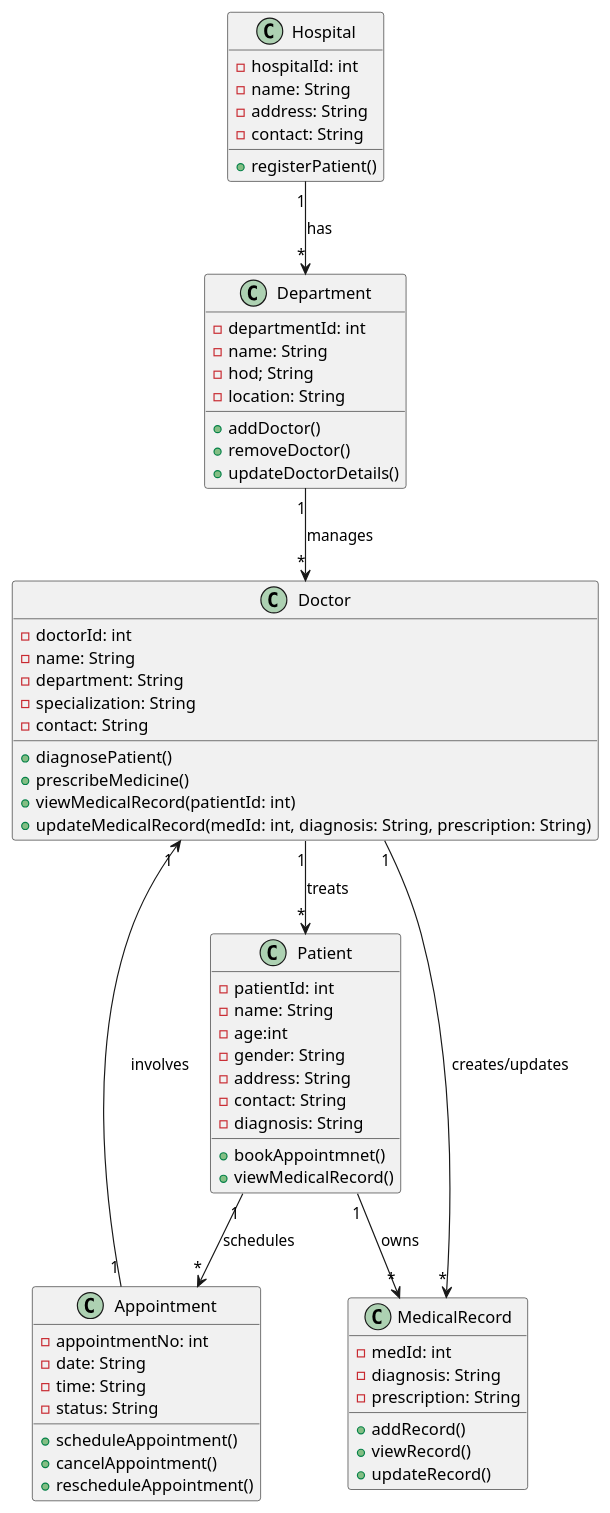
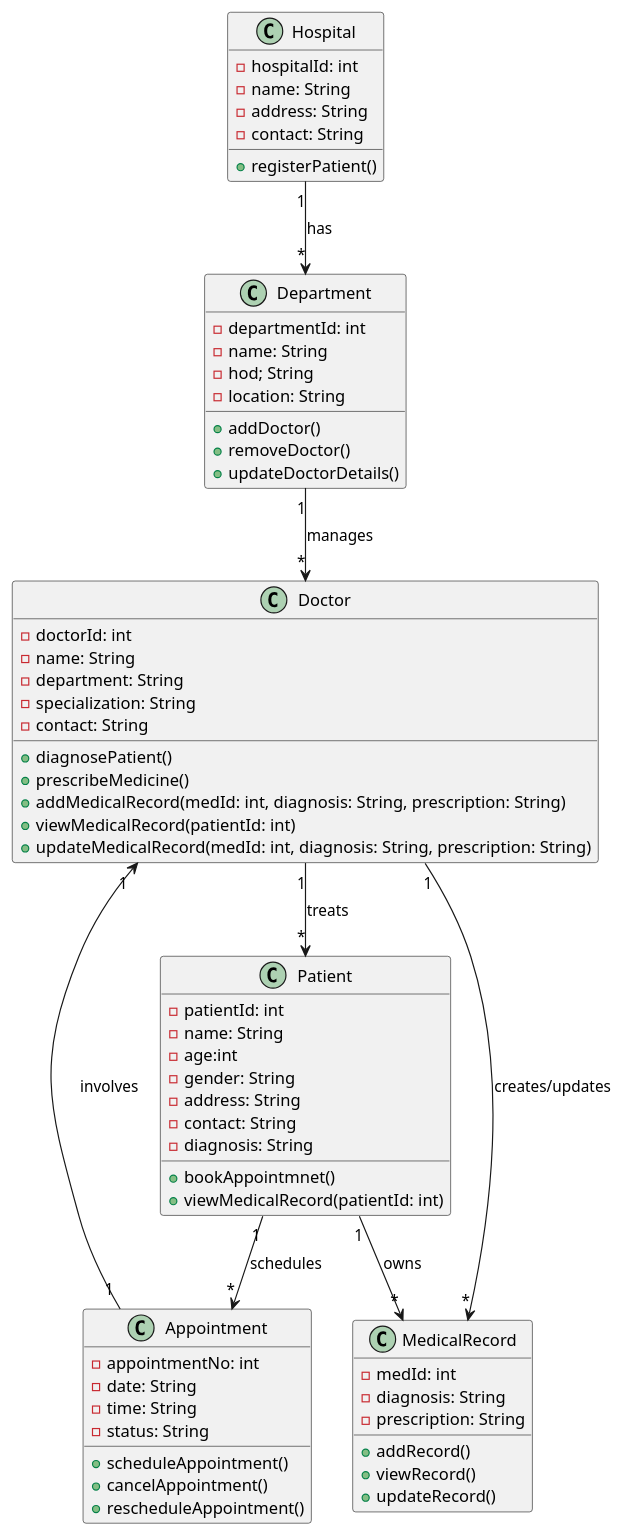
One commit to abhijeet-276/Hospital-Management-System-UML-diagrams changed the diagram in class_diagram.puml. Above: the diagram before and after it, drawn with PlantUML.

Commit message:
second commit

```diff
--- a/class_diagram.puml
+++ b/class_diagram.puml
@@ -1,80 +1,81 @@
 @startuml
 'Classes:
 '-------------
 
 class Hospital {
   - hospitalId: int  
   - name: String
   - address: String
   - contact: String
   + registerPatient()  
 }
 
 class Doctor {
   - doctorId: int  
   - name: String
   - department: String
   - specialization: String
   - contact: String
   + diagnosePatient() 
   + prescribeMedicine()
+  + addMedicalRecord(medId: int, diagnosis: String, prescription: String)
   + viewMedicalRecord(patientId: int)
   + updateMedicalRecord(medId: int, diagnosis: String, prescription: String)
 }
 
 class Department {
   - departmentId: int  
   - name: String
   - hod; String
   - location: String
   + addDoctor()
   + removeDoctor()
   + updateDoctorDetails()
 
 }
 
 class Patient {
   - patientId: int  
   - name: String
   - age:int
   - gender: String
   - address: String
   - contact: String
   - diagnosis: String
   + bookAppointmnet()  
-  + viewMedicalRecord()
+  + viewMedicalRecord(patientId: int)
 }
 
 class Appointment {
   - appointmentNo: int
   - date: String
   - time: String
   - status: String
   + scheduleAppointment()
   + cancelAppointment()
   + rescheduleAppointment()
 }
 
 
 class MedicalRecord {
   - medId: int
   - diagnosis: String
   - prescription: String
   + addRecord()
   + viewRecord()
   + updateRecord()
 }
 
 
 
 'Associations:
 '-------------
 
 Hospital "1" --> "*" Department : has
 Department "1" --> "*" Doctor : manages
 Doctor "1" --> "*" Patient : treats
 Patient "1" --> "*" Appointment : schedules
 Appointment "1" --> "1" Doctor : involves
 Patient "1" --> "*" MedicalRecord : owns
 Doctor "1" --> "*" MedicalRecord : creates/updates
 @enduml
```
